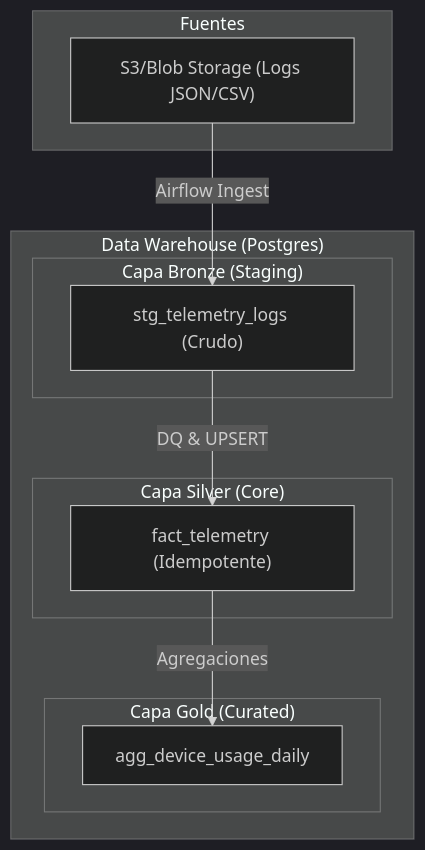
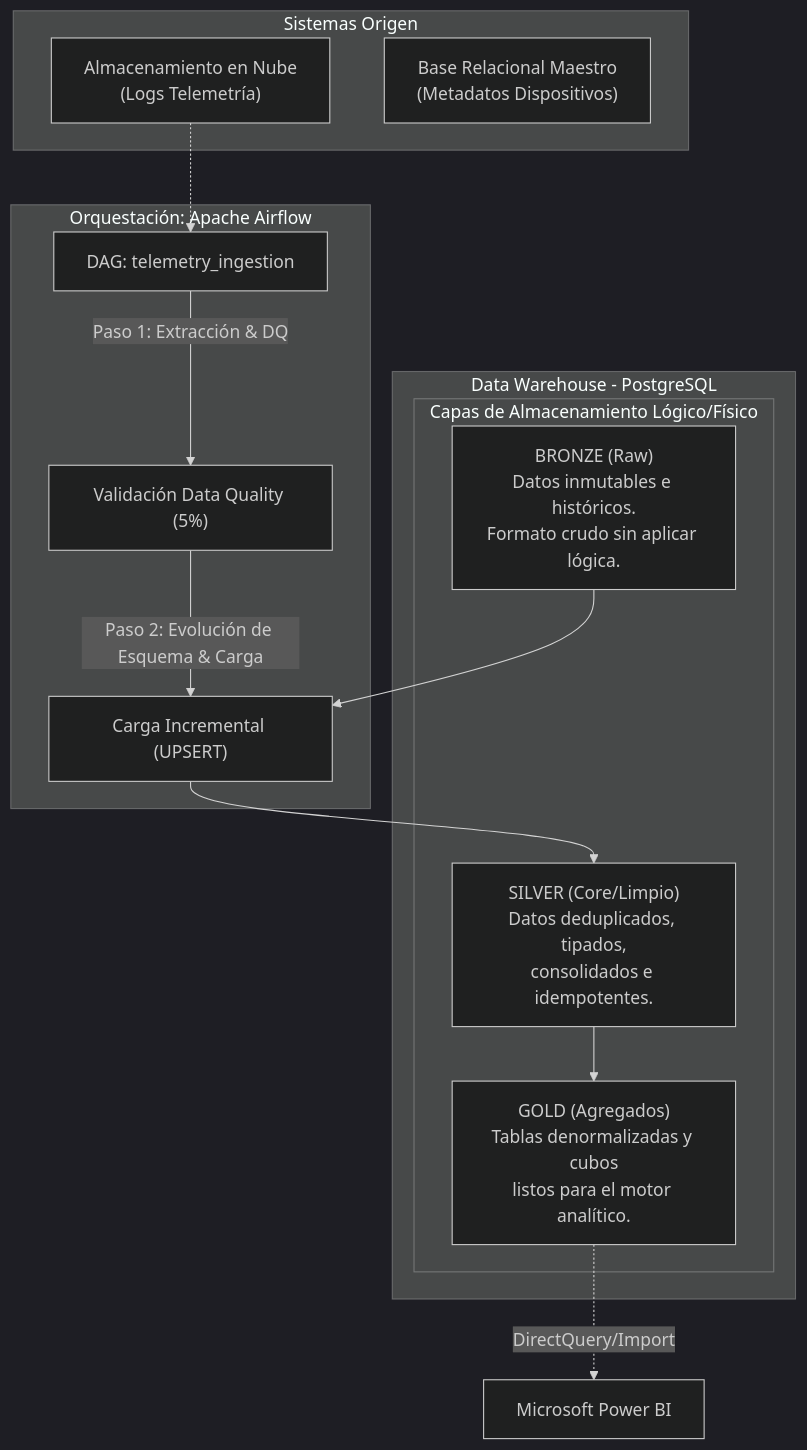
The diagram in DOCUMENTACION_TECNICA.md (luisferlara9/PruebaDeDatos), drawn with Mermaid (dark theme) before and after one commit. The commit also changed other lines of this file and 6 other files, not shown here.

````diff
--- a/DOCUMENTACION_TECNICA.md
+++ b/DOCUMENTACION_TECNICA.md
@@ -11,24 +22,30 @@
 ```mermaid
 graph TD
-    subgraph "Fuentes"
-        S3["S3/Blob Storage (Logs JSON/CSV)"]
+    subgraph "Sistemas Origen"
+        S3["Almacenamiento en Nube\n(Logs Telemetría)"]
+        Oracle["Base Relacional Maestro\n(Metadatos Dispositivos)"]
     end
 
-    subgraph "Data Warehouse (Postgres)"
-        subgraph "Capa Bronze (Staging)"
-            StgT["stg_telemetry_logs (Crudo)"]
-        end
-
-        subgraph "Capa Silver (Core)"
-            FactT["fact_telemetry (Idempotente)"]
-        end
-
-        subgraph "Capa Gold (Curated)"
-            AggU["agg_device_usage_daily"]
+    subgraph "Data Warehouse - PostgreSQL"
+        subgraph "Capas de Almacenamiento Lógico/Físico"
+            Bronze["BRONZE (Raw)\nDatos inmutables e históricos.\nFormato crudo sin aplicar lógica."]
+            Silver["SILVER (Core/Limpio)\nDatos deduplicados, tipados,\nconsolidados e idempotentes."]
+            Gold["GOLD (Agregados)\nTablas denormalizadas y cubos\nlistos para el motor analítico."]
         end
     end
 
-    S3 -->|Airflow Ingest| StgT
-    StgT -->|DQ & UPSERT| FactT
-    FactT -->|Agregaciones| AggU
+    subgraph "Orquestación: Apache Airflow"
+        DAG["DAG: telemetry_ingestion"]
+        DQ["Validación Data Quality (5%)"]
+        Upsert["Carga Incremental (UPSERT)"]
+    end
+
+    S3 -.-> DAG
+    DAG -- "Paso 1: Extracción & DQ" --> DQ
+    DQ -- "Paso 2: Evolución de Esquema & Carga" --> Upsert
+    
+    Bronze --> Upsert
+    Upsert --> Silver
+    Silver --> Gold
+    Gold -.->|DirectQuery/Import| PowerBI["Microsoft Power BI"]
 ```
````
